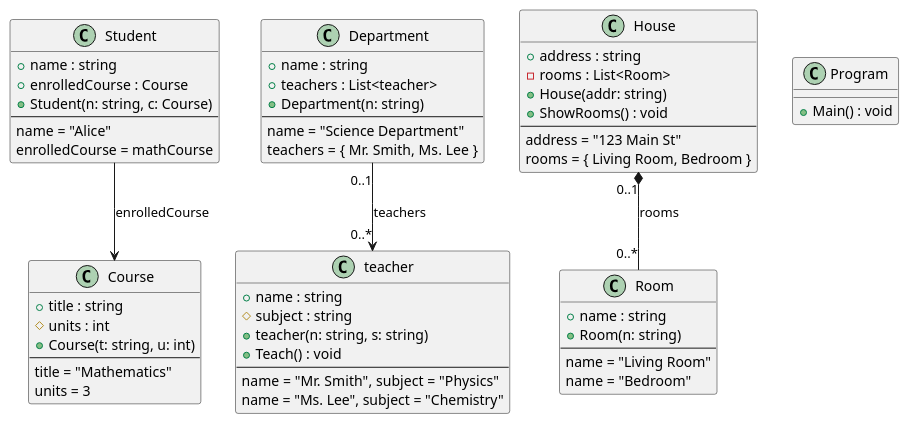
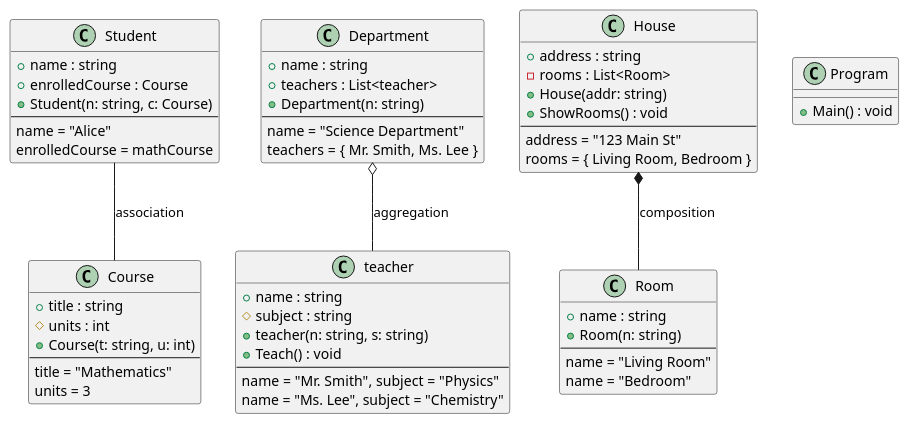
One commit to clouuie/kluwioop changed the diagram in UML/act6.puml. Above: the diagram before and after it, drawn with PlantUML.

Commit message:
oop act 6

```diff
--- a/UML/act6.puml
+++ b/UML/act6.puml
@@ -1,66 +1,68 @@
 @startuml
 
 class Student {
   +name : string
   +enrolledCourse : Course
   +Student(n: string, c: Course)
   --
   name = "Alice"
   enrolledCourse = mathCourse
 }
 
 class Course {
   +title : string
   #units : int
   +Course(t: string, u: int)
   --
   title = "Mathematics"
   units = 3
 }
 
 class Department {
   +name : string
   +teachers : List<teacher>
   +Department(n: string)
   --
   name = "Science Department"
   teachers = { Mr. Smith, Ms. Lee }
 }
 
 class teacher {
   +name : string
   #subject : string
   +teacher(n: string, s: string)
   +Teach() : void
   --
   name = "Mr. Smith", subject = "Physics"
   name = "Ms. Lee", subject = "Chemistry"
 }
 
 class House {
   +address : string
   -rooms : List<Room>
   +House(addr: string)
   +ShowRooms() : void
   --
   address = "123 Main St"
   rooms = { Living Room, Bedroom }
 }
 
 class Room {
   +name : string
   +Room(n: string)
   --
   name = "Living Room"
   name = "Bedroom"
 }
 
 class Program {
   +Main() : void
 }
 
-Student --> Course : enrolledCourse
-Department "0..1" --> "0..*" teacher : teachers
-House "0..1" *-- "0..*" Room : rooms
+
+Student -- Course : association
+Department o-- teacher : aggregation
+House *-- Room : composition
+
 
 @enduml
```
